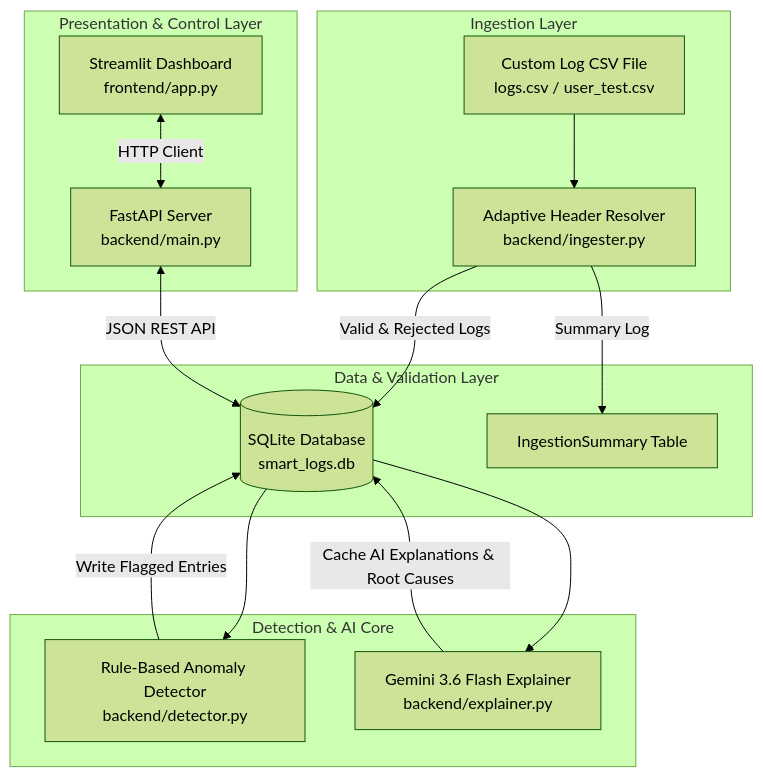
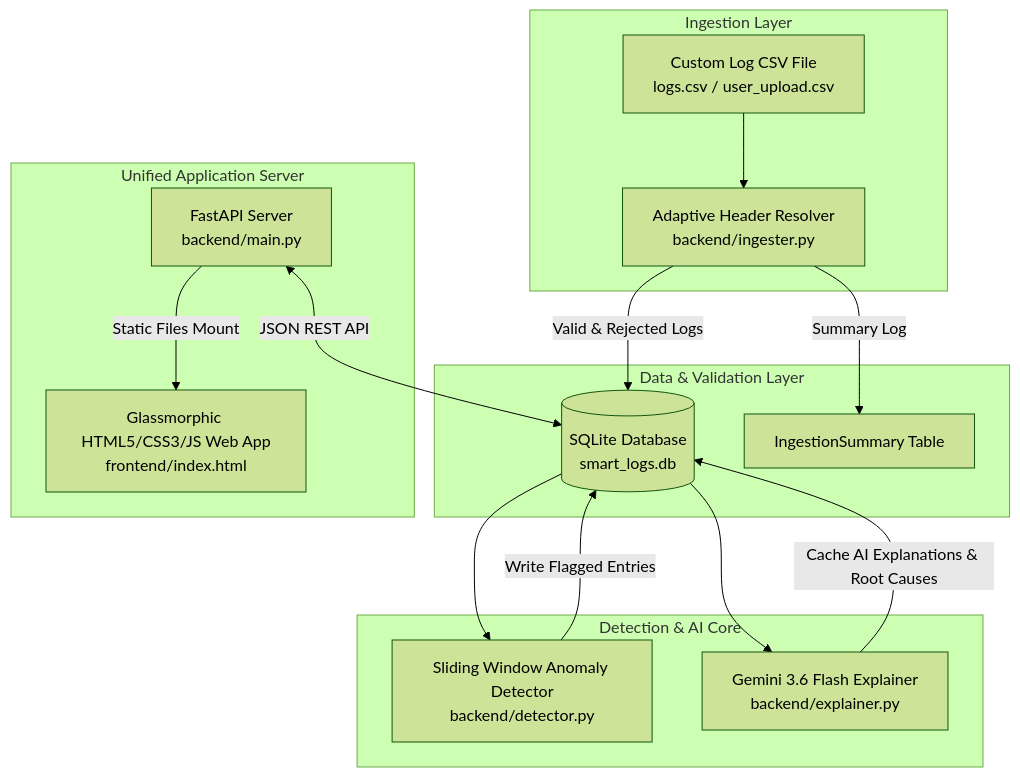
The diagram in README.md (prajna0605/Smart_Log_Analyzer), drawn with Mermaid (forest theme) before and after one commit. The commit also changed other lines of this file and 11 other files, not shown here.

Commit message:
Transition frontend to HTML5/CSS3/JS, optimize detector sliding window algorithms, and add automated backend unit test suite

````diff
--- a/README.md
+++ b/README.md
@@ -42,23 +44,23 @@
 ```mermaid
 flowchart TD
     subgraph Ingestion Layer
-        A[Custom Log CSV File\nlogs.csv / user_test.csv] --> B[Adaptive Header Resolver\nbackend/ingester.py]
+        A[Custom Log CSV File\nlogs.csv / user_upload.csv] --> B[Adaptive Header Resolver\nbackend/ingester.py]
     end
 
     subgraph Data & Validation Layer
         B -->|Valid & Rejected Logs| C[(SQLite Database\nsmart_logs.db)]
         B -->|Summary Log| H[IngestionSummary Table]
     end
 
     subgraph Detection & AI Core
-        C --> D[Rule-Based Anomaly Detector\nbackend/detector.py]
+        C --> D[Sliding Window Anomaly Detector\nbackend/detector.py]
         D -->|Write Flagged Entries| C
         C --> E[Gemini 3.6 Flash Explainer\nbackend/explainer.py]
         E -->|Cache AI Explanations & Root Causes| C
     end
 
-    subgraph Presentation & Control Layer
+    subgraph Unified Application Server
         F[FastAPI Server\nbackend/main.py] <-->|JSON REST API| C
-        G[Streamlit Dashboard\nfrontend/app.py] <-->|HTTP Client| F
+        F -->|Static Files Mount| G[Glassmorphic HTML5/CSS3/JS Web App\nfrontend/index.html]
     end
 ```
````
